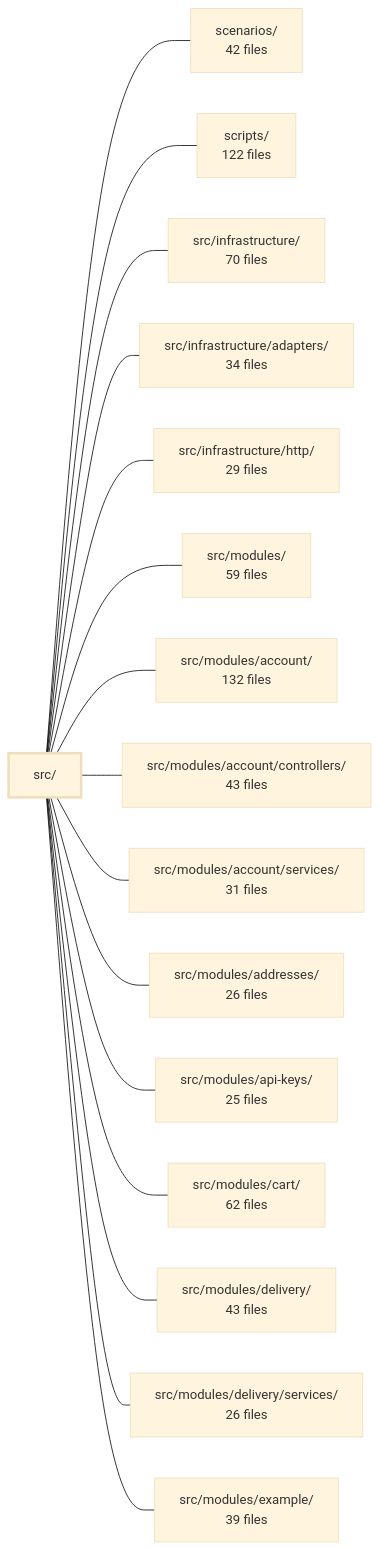
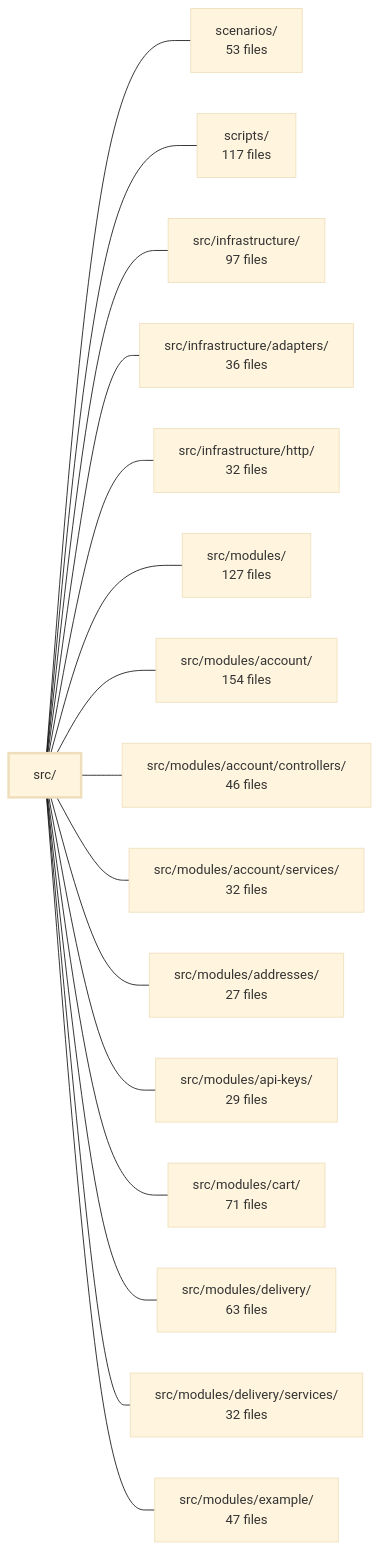
One commit to Guebbit/boilerplate-node-backend changed the diagram in .2brain/modules/boilerplate-node-backend_src.md. Above: the diagram before and after it, drawn with Mermaid (base theme). The commit also changed other lines of this file and 1775 other files, not shown here.

````diff
--- a/.2brain/modules/boilerplate-node-backend_src.md
+++ b/.2brain/modules/boilerplate-node-backend_src.md
@@ -39,35 +40,35 @@
 ```mermaid
 flowchart LR
     m_src["src/"]
-    m_scenarios["scenarios/<br/>42 files"]
-    m_scripts["scripts/<br/>122 files"]
-    m_src_infrastructure["src/infrastructure/<br/>70 files"]
-    m_src_infrastructure_adapters["src/infrastructure/adapters/<br/>34 files"]
-    m_src_infrastructure_http["src/infrastructure/http/<br/>29 files"]
-    m_src_modules["src/modules/<br/>59 files"]
-    m_src_modules_account["src/modules/account/<br/>132 files"]
-    m_src_modules_account_controllers["src/modules/account/controllers/<br/>43 files"]
-    m_src_modules_account_services["src/modules/account/services/<br/>31 files"]
-    m_src_modules_addresses["src/modules/addresses/<br/>26 files"]
-    m_src_modules_api_keys["src/modules/api-keys/<br/>25 files"]
-    m_src_modules_cart["src/modules/cart/<br/>62 files"]
-    m_src_modules_delivery["src/modules/delivery/<br/>43 files"]
-    m_src_modules_delivery_services["src/modules/delivery/services/<br/>26 files"]
-    m_src_modules_example["src/modules/example/<br/>39 files"]
+    m_scenarios["scenarios/<br/>53 files"]
+    m_scripts["scripts/<br/>117 files"]
+    m_src_infrastructure["src/infrastructure/<br/>97 files"]
+    m_src_infrastructure_adapters["src/infrastructure/adapters/<br/>36 files"]
+    m_src_infrastructure_http["src/infrastructure/http/<br/>32 files"]
+    m_src_modules["src/modules/<br/>127 files"]
+    m_src_modules_account["src/modules/account/<br/>154 files"]
+    m_src_modules_account_controllers["src/modules/account/controllers/<br/>46 files"]
+    m_src_modules_account_services["src/modules/account/services/<br/>32 files"]
+    m_src_modules_addresses["src/modules/addresses/<br/>27 files"]
+    m_src_modules_api_keys["src/modules/api-keys/<br/>29 files"]
+    m_src_modules_cart["src/modules/cart/<br/>71 files"]
+    m_src_modules_delivery["src/modules/delivery/<br/>63 files"]
+    m_src_modules_delivery_services["src/modules/delivery/services/<br/>32 files"]
+    m_src_modules_example["src/modules/example/<br/>47 files"]
     m_src --- m_scenarios
     m_src --- m_scripts
     m_src --- m_src_infrastructure
     m_src --- m_src_infrastructure_adapters
     m_src --- m_src_infrastructure_http
     m_src --- m_src_modules
     m_src --- m_src_modules_account
     m_src --- m_src_modules_account_controllers
     m_src --- m_src_modules_account_services
     m_src --- m_src_modules_addresses
     m_src --- m_src_modules_api_keys
     m_src --- m_src_modules_cart
     m_src --- m_src_modules_delivery
     m_src --- m_src_modules_delivery_services
     m_src --- m_src_modules_example
     style m_src stroke-width:3px
 ```
````
